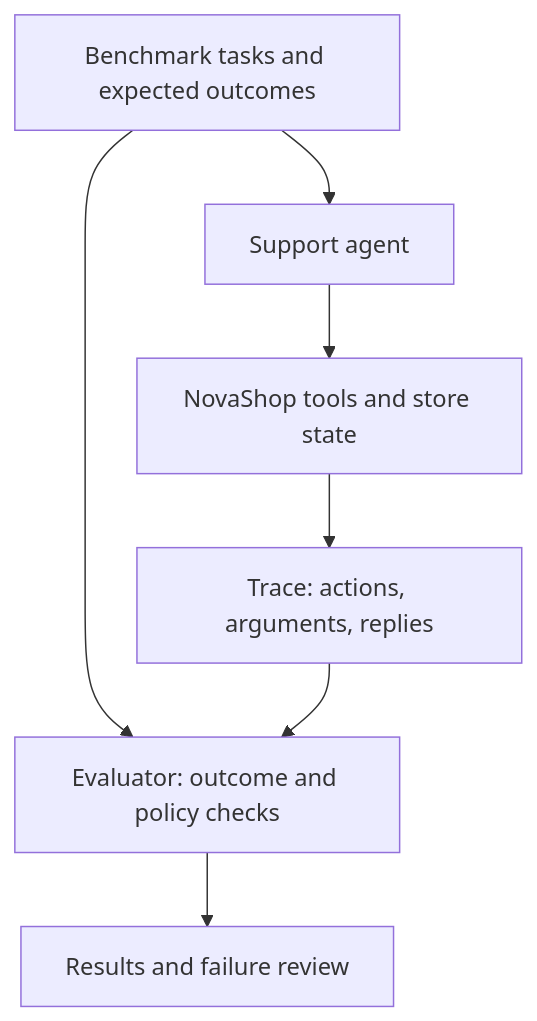
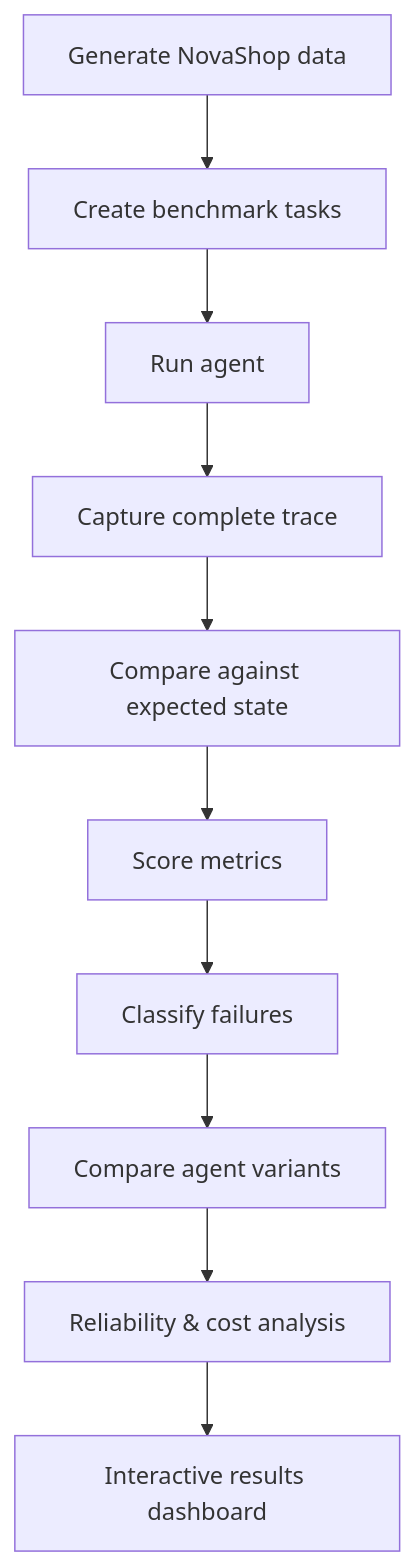
The second of 2 diagrams in README.md (Thizisfranklin/AGENTLENS), drawn with Mermaid before and after one commit. The commit also changed other lines of this file, not shown here.

````diff
--- a/README.md
+++ b/README.md
@@ -7,9 +291,14 @@
 ```mermaid
 flowchart TD
-    A["Benchmark tasks and expected outcomes"] --> B["Support agent"]
-    B --> C["NovaShop tools and store state"]
-    C --> D["Trace: actions, arguments, replies"]
-    A --> E["Evaluator: outcome and policy checks"]
-    D --> E
-    E --> F["Results and failure review"]
+
+    A["Generate NovaShop data"] --> B["Create benchmark tasks"]
+    B --> C["Run agent"]
+    C --> D["Capture complete trace"]
+    D --> E["Compare against expected state"]
+
+    E --> F["Score metrics"]
+    F --> G["Classify failures"]
+    G --> H["Compare agent variants"]
+    H --> I["Reliability & cost analysis"]
+    I --> J["Interactive results dashboard"]
 ```
````
